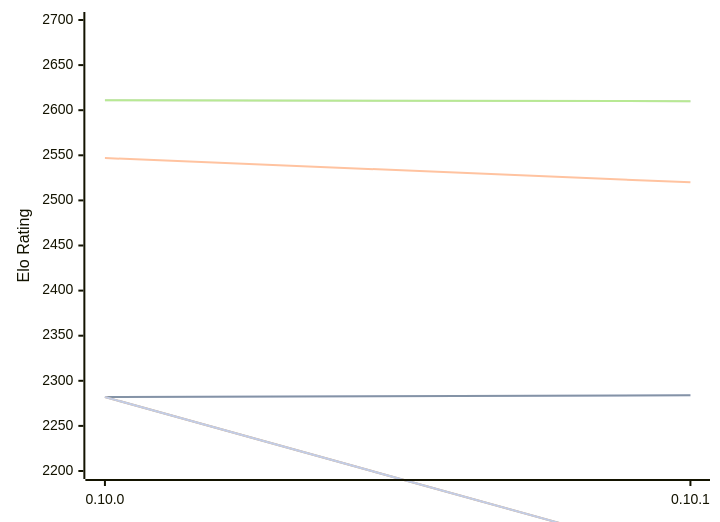
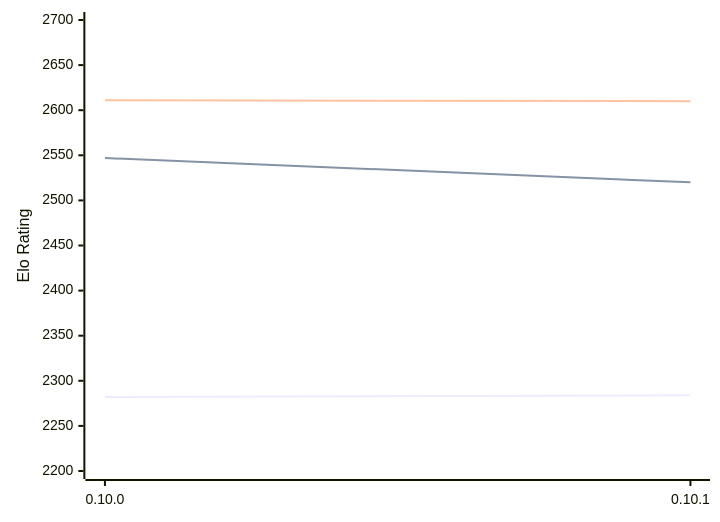
Before and after one commit to computer-chess-index/cci: the diagram in engines/Fatalii.md, drawn with Mermaid. The commit also changed other lines of this file, not shown here.

````diff
--- a/engines/Fatalii.md
+++ b/engines/Fatalii.md
@@ -48,13 +48,9 @@
 ```mermaid
 %%{init: {"theme":"base","themeVariables":{"seriesColors:['#a3a3a3','#222221','#faa371']}}}%%
 xychart-beta
   x-axis ["0.10.0", "0.10.1"]
   y-axis "Elo Rating" 2200 --> 2700
-  line "" [2282, 2284]
   line "T1: STC (8.0+0.08s)" [2282, 2284]
   line "T1: LTC (60.0+0.60s)" [2547, 2520]
-  line "" [2611, 2610]
   line "T1: VLTC (2m24s+1.12s)" [2611, 2610]
-  line "" [2282,2102]
-  line "E1: STC (8.0+0.08s)" [2282,2102]
 ```
````
